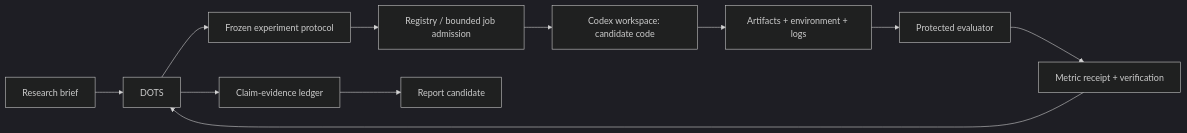
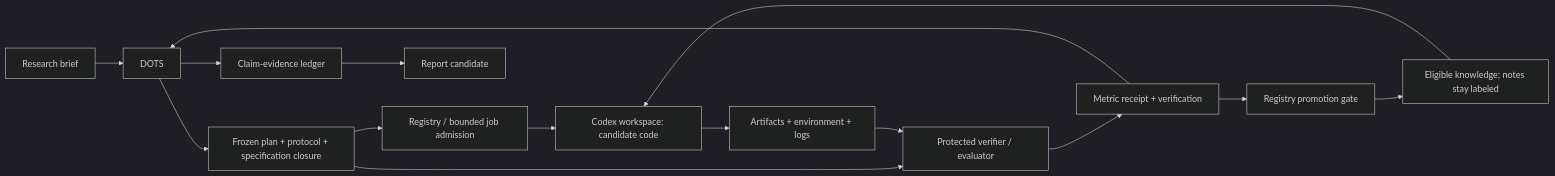
Before and after one commit to moruku36/ai-agent-scientist: the diagram in docs/03-architecture.md, drawn with Mermaid (dark theme). The commit also changed other lines of this file and 41 other files, not shown here.

Commit message:
Revise research design around frozen specifications and verified knowledge (#3)

````diff
--- a/docs/03-architecture.md
+++ b/docs/03-architecture.md
@@ -21,13 +22,17 @@
 ```mermaid
 flowchart LR
     U["Research brief"] --> D["DOTS"]
-    D --> P["Frozen experiment protocol"]
+    D --> P["Frozen plan + protocol + specification closure"]
     P --> J["Registry / bounded job admission"]
     J --> W["Codex workspace: candidate code"]
     W --> A["Artifacts + environment + logs"]
-    A --> Q["Protected evaluator"]
+    P --> Q["Protected verifier / evaluator"]
+    A --> Q
     Q --> M["Metric receipt + verification"]
     M --> D
+    M --> G["Registry promotion gate"]
+    G --> K["Eligible knowledge; notes stay labeled"]
+    K --> W
     D --> C["Claim-evidence ledger"]
     C --> O["Report candidate"]
 ```
````
